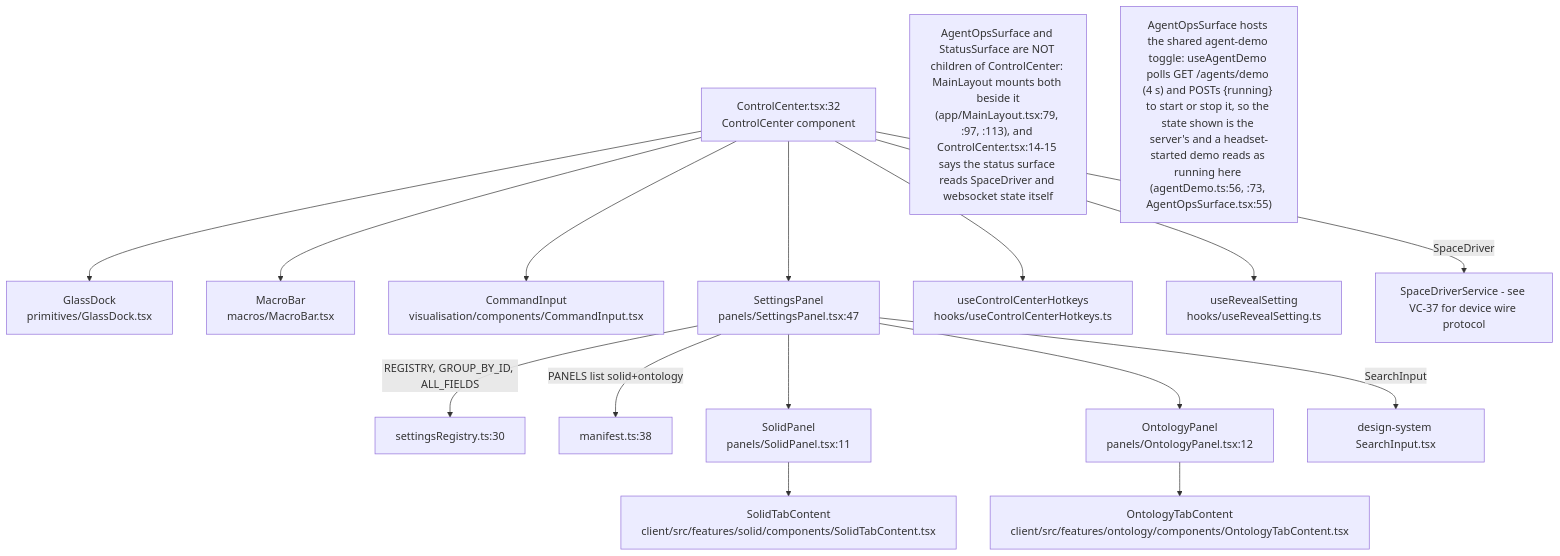
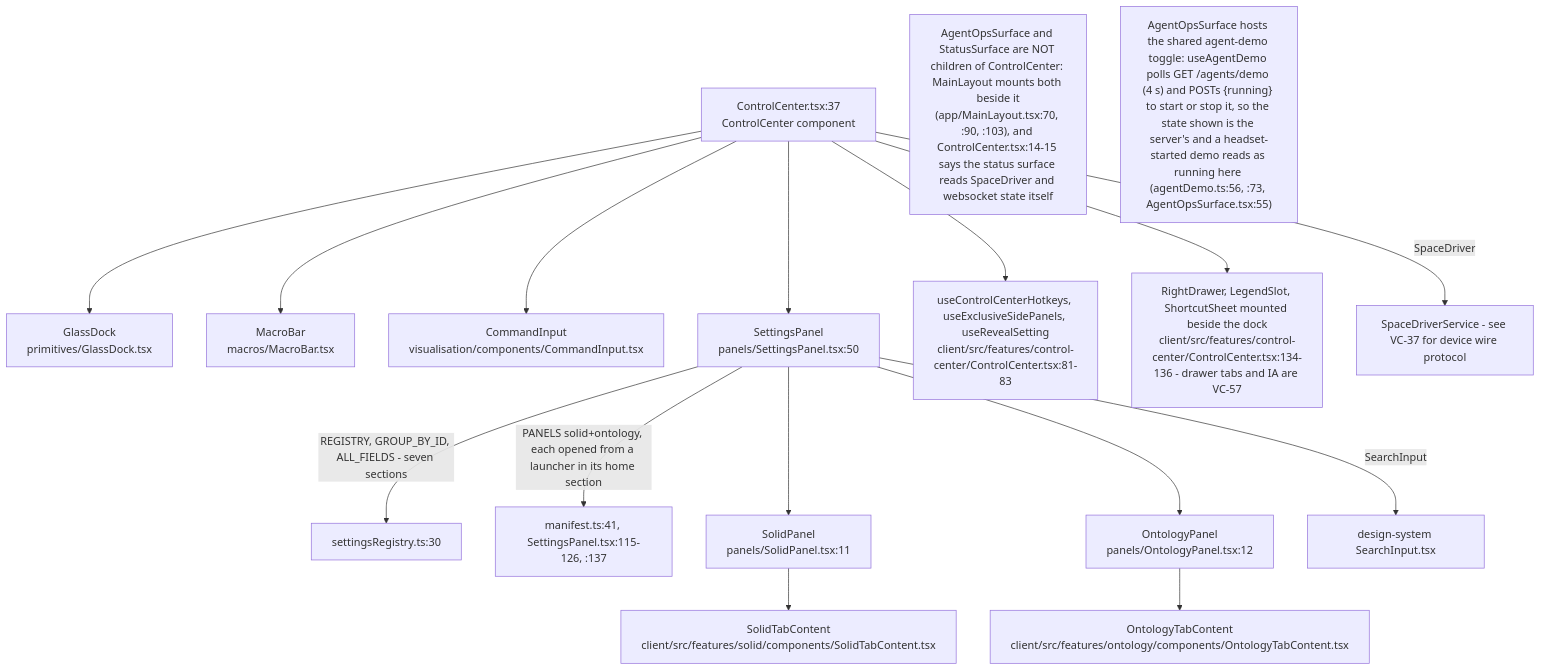
The sixth of 20 diagrams in docs/diagrams/visionclaw/34-client-features.md (DreamLab-AI/VisionFlow), drawn with Mermaid before and after one commit. The commit also changed other lines of this file and 56 other files, not shown here.

First line of the commit message:
docs(diagrams): re-verify VisionClaw topics at ec785afa9, add VC-19/56/57 and the VisionClaw register

````diff
--- a/docs/diagrams/visionclaw/34-client-features.md
+++ b/docs/diagrams/visionclaw/34-client-features.md
@@ -287,19 +312,19 @@
 ```mermaid
 flowchart TD
-    CC["ControlCenter.tsx:32<br/>ControlCenter component"] --> Dock["GlassDock<br/>primitives/GlassDock.tsx"]
+    CC["ControlCenter.tsx:37<br/>ControlCenter component"] --> Dock["GlassDock<br/>primitives/GlassDock.tsx"]
     CC --> MacroBar["MacroBar<br/>macros/MacroBar.tsx"]
     CC --> CmdInput["CommandInput<br/>visualisation/components/CommandInput.tsx"]
-    CC --> SP["SettingsPanel<br/>panels/SettingsPanel.tsx:47"]
-    SP -->|REGISTRY, GROUP_BY_ID, ALL_FIELDS| Reg["settingsRegistry.ts:30"]
-    SP -->|PANELS list solid+ontology| Man["manifest.ts:38"]
+    CC --> SP["SettingsPanel<br/>panels/SettingsPanel.tsx:50"]
+    SP -->|REGISTRY, GROUP_BY_ID, ALL_FIELDS - seven sections| Reg["settingsRegistry.ts:30"]
+    SP -->|PANELS solid+ontology, each opened from a launcher in its home section| Man["manifest.ts:41, SettingsPanel.tsx:115-126, :137"]
     SP --> SolidPanel["SolidPanel<br/>panels/SolidPanel.tsx:11"]
     SP --> OntPanel["OntologyPanel<br/>panels/OntologyPanel.tsx:12"]
     SolidPanel --> SolidTab["SolidTabContent<br/>client/src/features/solid/components/SolidTabContent.tsx"]
     OntPanel --> OntTab["OntologyTabContent<br/>client/src/features/ontology/components/OntologyTabContent.tsx"]
     SP -->|SearchInput| DS["design-system SearchInput.tsx"]
-    CC --> Hotkeys["useControlCenterHotkeys<br/>hooks/useControlCenterHotkeys.ts"]
-    CC --> Reveal["useRevealSetting<br/>hooks/useRevealSetting.ts"]
+    CC --> Hotkeys["useControlCenterHotkeys, useExclusiveSidePanels, useRevealSetting<br/>client/src/features/control-center/ControlCenter.tsx:81-83"]
+    CC --> Drawer["RightDrawer, LegendSlot, ShortcutSheet mounted beside the dock<br/>client/src/features/control-center/ControlCenter.tsx:134-136 - drawer tabs and IA are VC-57"]
     CC -->|SpaceDriver| SPD["SpaceDriverService - see VC-37 for device wire protocol"]
-    Note1["AgentOpsSurface and StatusSurface are NOT children of ControlCenter: MainLayout mounts both beside it<br/>(app/MainLayout.tsx:79, :97, :113), and ControlCenter.tsx:14-15 says the status surface reads SpaceDriver and websocket state itself"]
+    Note1["AgentOpsSurface and StatusSurface are NOT children of ControlCenter: MainLayout mounts both beside it<br/>(app/MainLayout.tsx:70, :90, :103), and ControlCenter.tsx:14-15 says the status surface reads SpaceDriver and websocket state itself"]
     Note2["AgentOpsSurface hosts the shared agent-demo toggle: useAgentDemo polls GET /agents/demo (4 s) and POSTs {running} to start or stop it, so the state shown is the server's and a headset-started demo reads as running here (agentDemo.ts:56, :73, AgentOpsSurface.tsx:55)"]
 ```
````
